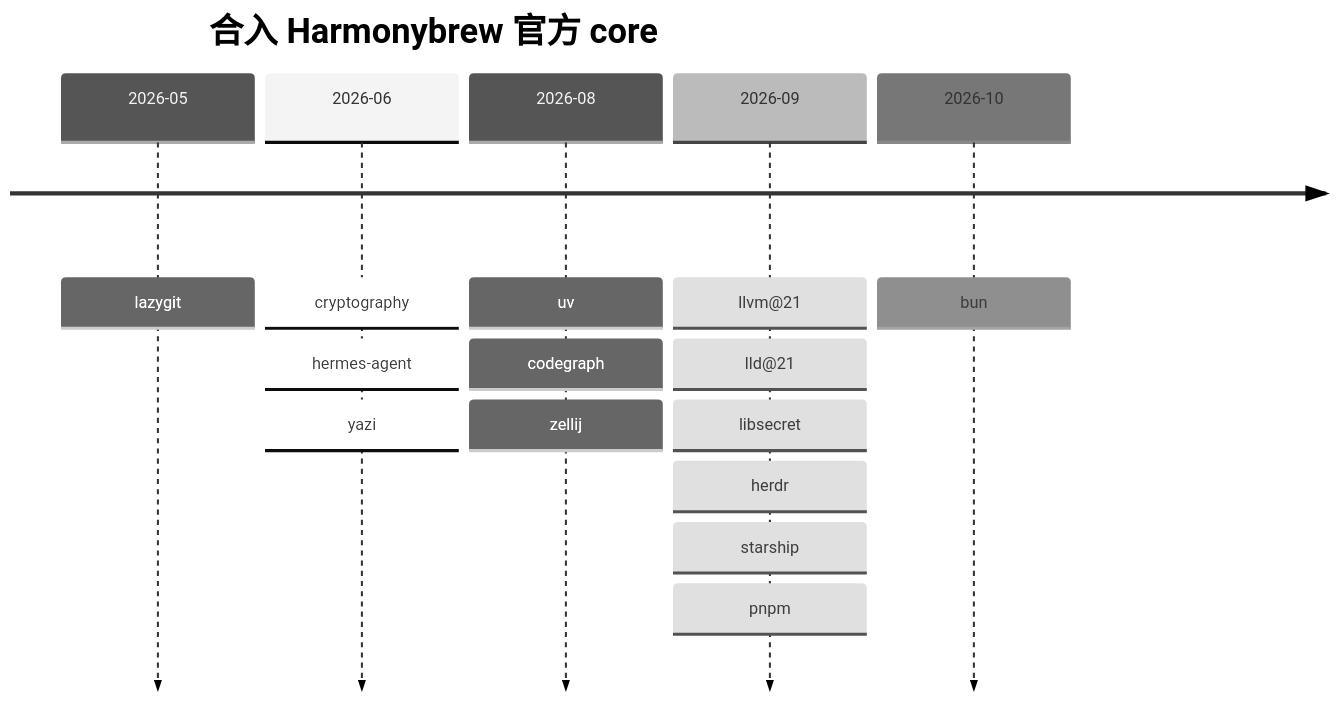
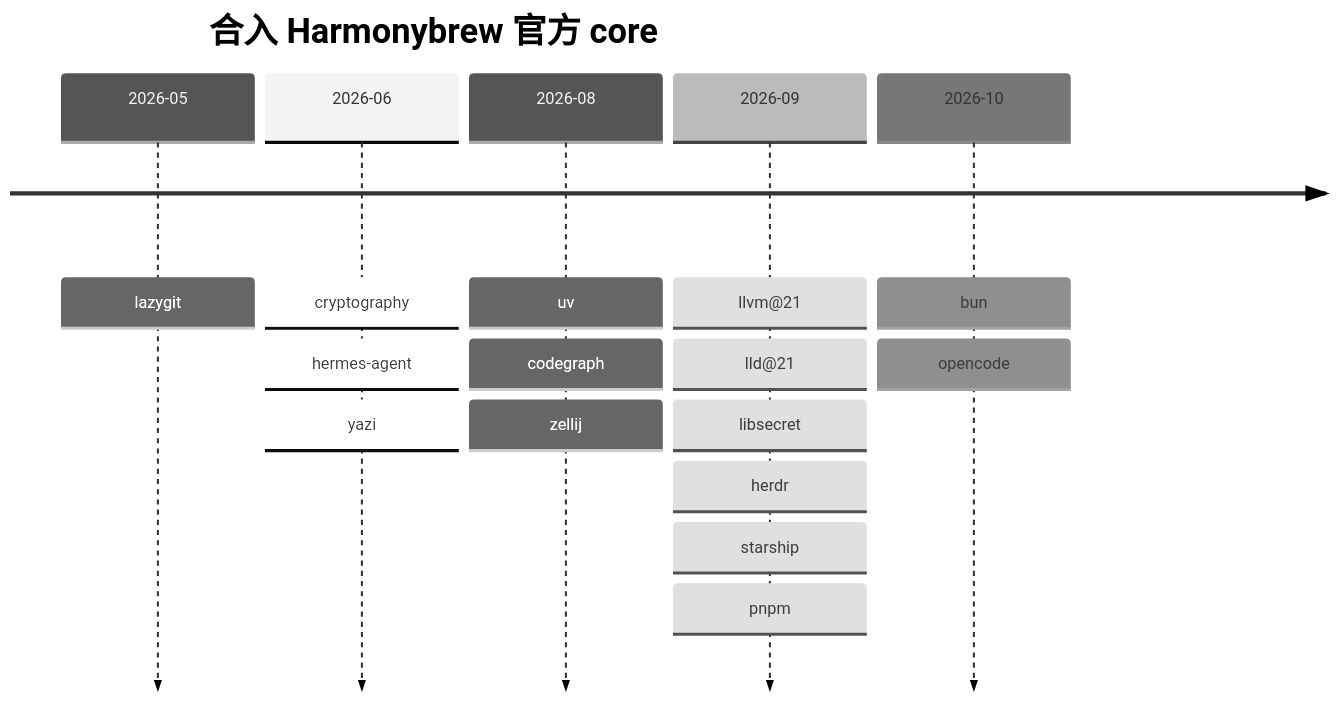
Before and after one commit to social4hyq/homebrew-core: the diagram in README.md, drawn with Mermaid (neutral theme). The commit also changed other lines of this file, not shown here.

Commit message:
bun: opencode merged into Harmonybrew core (!21455)

````diff
--- a/README.md
+++ b/README.md
@@ -22,9 +22,9 @@
 ```mermaid
 timeline
     title 合入 Harmonybrew 官方 core
     2026-05 : lazygit
     2026-06 : cryptography : hermes-agent : yazi
     2026-08 : uv : codegraph : zellij
     2026-09 : llvm@21 : lld@21 : libsecret : herdr : starship : pnpm
-    2026-10 : bun
+    2026-10 : bun : opencode
 ```
````
